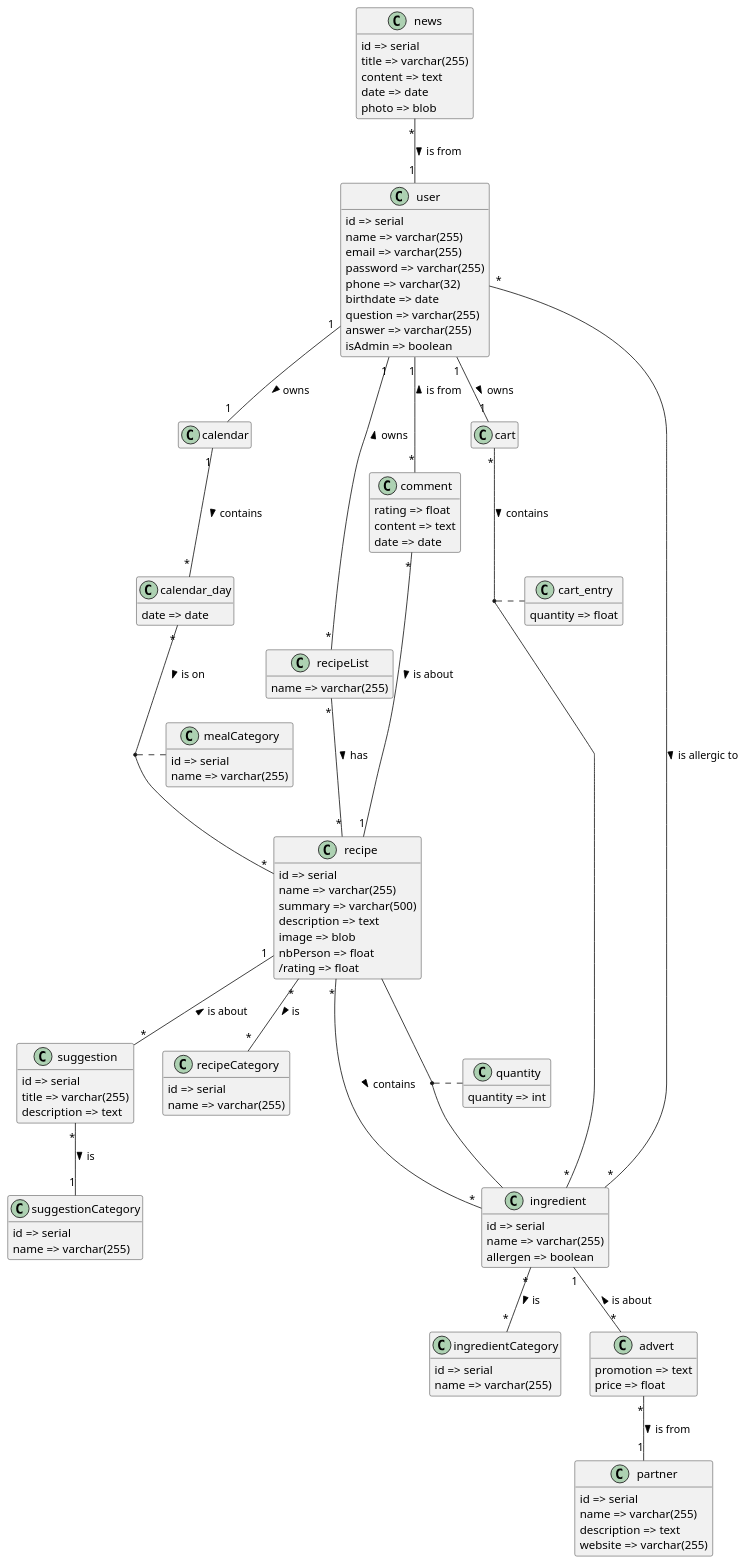
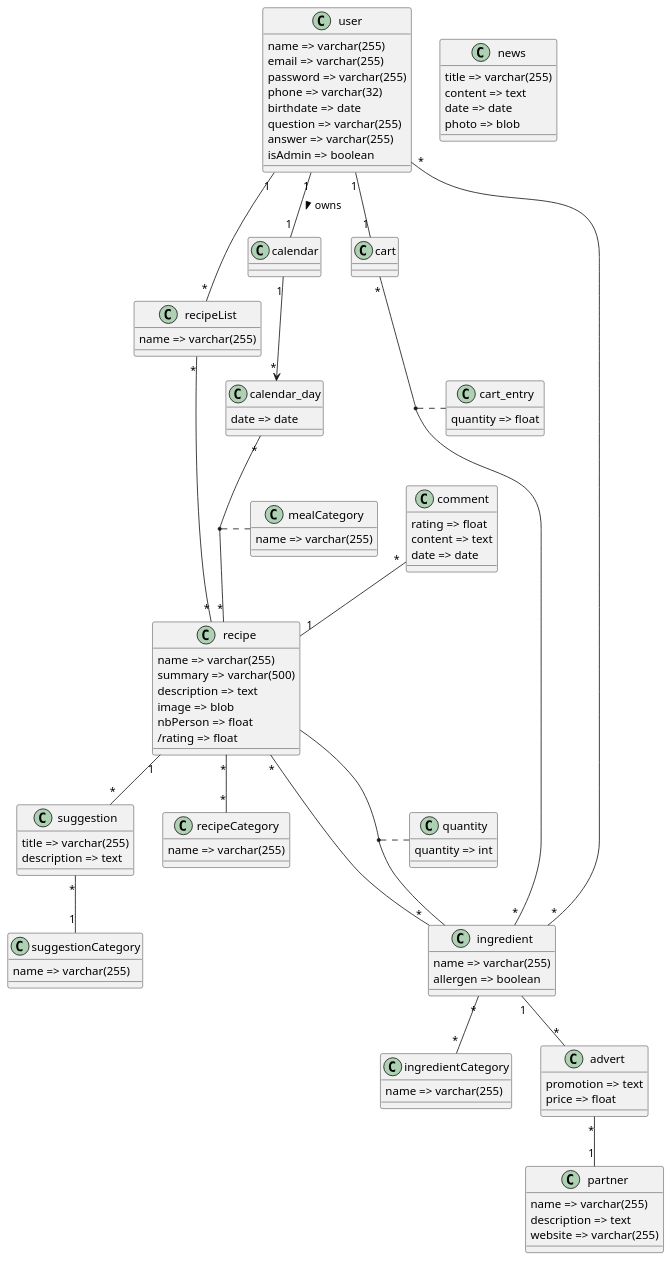
Before and after one commit to iusildra/WineCellar: the diagram in doc/reports/domainAnalysis/plantuml/model.plantuml, drawn with PlantUML.

Commit message:
removing numbers + adding comments for complicated points

```diff
--- a/doc/reports/domainAnalysis/plantuml/model.plantuml
+++ b/doc/reports/domainAnalysis/plantuml/model.plantuml
@@ -1,136 +1,138 @@
 @startuml model
-hide empty members
+' hide empty members
 ' skinparam Linetype polyline
 
 class ingredientCategory {
-  {field} id => serial
+
   {field} name => varchar(255)
 }
 
 class recipeCategory {
-  {field} id => serial
+
   {field} name => varchar(255)
 }
 
 class suggestionCategory {
-  {field} id => serial
+
   {field} name => varchar(255)
 }
 
 class mealCategory {
-  {field} id => serial
+
   {field} name => varchar(255)
 }
 
 class ingredient {
-  {field} id => serial
+
   {field} name => varchar(255)
   {field} allergen => boolean
 }
 
 class recipe {
-  {field} id => serial
+
   {field} name => varchar(255)
   {field} summary => varchar(500)
   {field} description => text
   {field} image => blob
   {field} nbPerson => float
   {field} /rating => float
 }
 
 
 class advert {
   {field} promotion => text
   {field} price => float
 }
 
 class suggestion {
-  {field} id => serial
+
   {field} title => varchar(255)
   {field} description => text
 }
 
 
 class comment {
   {field} rating => float
   {field} content => text
   {field} date => date
 }
 
 class calendar
 
 class calendar_day {
   {field} date => date
 }
 
 
 class recipeList {
   {field} name => varchar(255)
 }
 
 class cart {
 }
 
 class cart_entry {
   quantity => float
 }
 
 class partner {
-  {field} id => serial
+
   {field} name => varchar(255)
   {field} description => text
   {field} website => varchar(255)
 }
 
 class news {
-  {field} id => serial
+
   {field} title => varchar(255)
   {field} content => text
   {field} date => date
   {field} photo => blob
 }
 
 class user {
-  {field} id => serial
+
   {field} name => varchar(255)
   {field} email => varchar(255)
   {field} password => varchar(255)
   {field} phone => varchar(32)
   {field} birthdate => date
   {field} question => varchar(255)
   {field} answer => varchar(255)
   {field} isAdmin => boolean
 }
 
 class quantity {
   {field} quantity => int
 }
 
-user "1"          -- "1" cart: > owns
-calendar "1" -- "*" calendar_day: > contains
+user "1"          -- "1" cart
+calendar "1" --> "*" calendar_day
 
-advert "*"        -u- "1" ingredient: > is about
-user "*"          -- "*" ingredient: > is allergic to
+advert "*"        -u- "1" ingredient
+user "*"          -- "*" ingredient
 
-advert "*"        -- "1" partner: > is from
+advert "*"        -- "1" partner
 
-comment "*"       -- "1" recipe: > is about
-recipeList "*"    -- "*" recipe: > has
-suggestion "*"    -u- "1" recipe: > is about
+comment "*"       -- "1" recipe
+recipeList "*"    -- "*" recipe
+suggestion "*"    -u- "1" recipe
 
-cart "*"             -- "*" ingredient: > contains
+cart "*"             -- "*" ingredient
+' TODO : ajouter les chiffres pour la liaison
 (recipe, ingredient) .. quantity
-recipe "*"           -- "*" ingredient: > contains
+recipe "*"           -- "*" ingredient
 (cart, ingredient)   .. cart_entry
-calendar_day "*"     -- "*" recipe: > is on
+calendar_day "*"     -- "*" recipe
 (calendar_day, recipe)   .. mealCategory
 
+' ! virer le ": < owns" transforme le diagramme un peu n'importe comment
 calendar "1"      -u- "1" user: < owns
-recipeList "*"    -u- "1" user: > owns
-comment "*"       -u- "1" user: > is from
-news "*"          -- "1" user: > is from
+recipeList "*"    -u- "1" user
+' ? a voir si on garde ou pas
+' comment "1"       -u-> "1" user
 
-ingredient "*"    -- "*" ingredientCategory: > is
-recipe "*"        -- "*" recipeCategory: > is
-suggestion "*"    -d- "1" suggestionCategory: > is
+ingredient "*"    -- "*" ingredientCategory
+recipe "*"        -- "*" recipeCategory
+suggestion "*"    -d- "1" suggestionCategory
 @enduml
```
